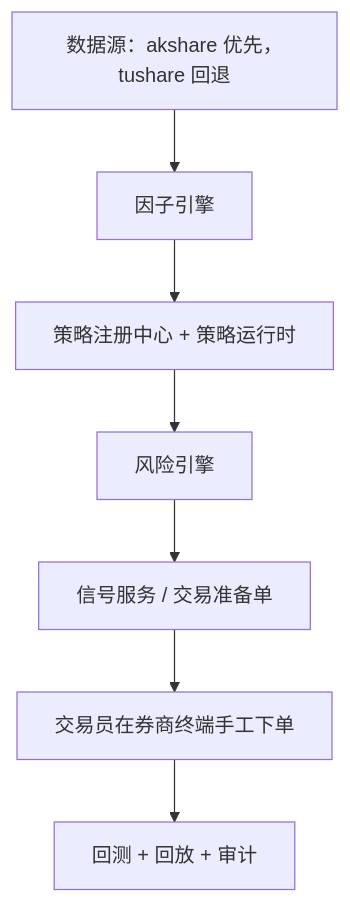
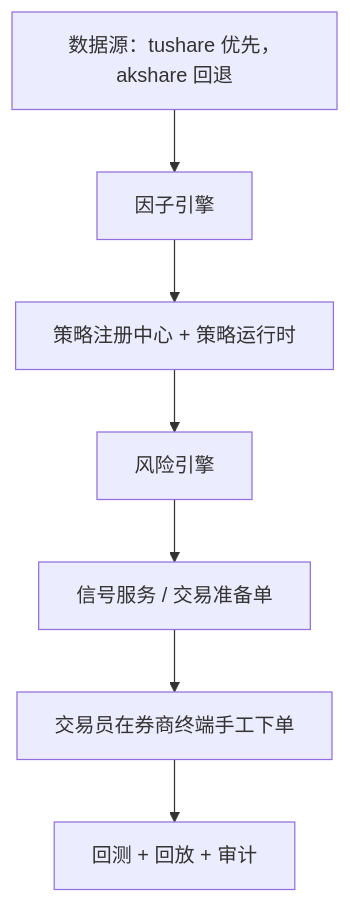
Before and after one commit to luxuanzhao03/Agu: the diagram in docs/architecture.md, drawn with Mermaid. The commit also changed other lines of this file and 76 other files, not shown here.

````diff
--- a/docs/architecture.md
+++ b/docs/architecture.md
@@ -17,9 +17,9 @@
 ```mermaid
 flowchart TD
-    A[数据源：akshare 优先，tushare 回退] --> B[因子引擎]
+    A[数据源：tushare 优先，akshare 回退] --> B[因子引擎]
     B --> C[策略注册中心 + 策略运行时]
     C --> D[风险引擎]
     D --> E[信号服务 / 交易准备单]
     E --> F[交易员在券商终端手工下单]
     F --> G[回测 + 回放 + 审计]
 ```
````
